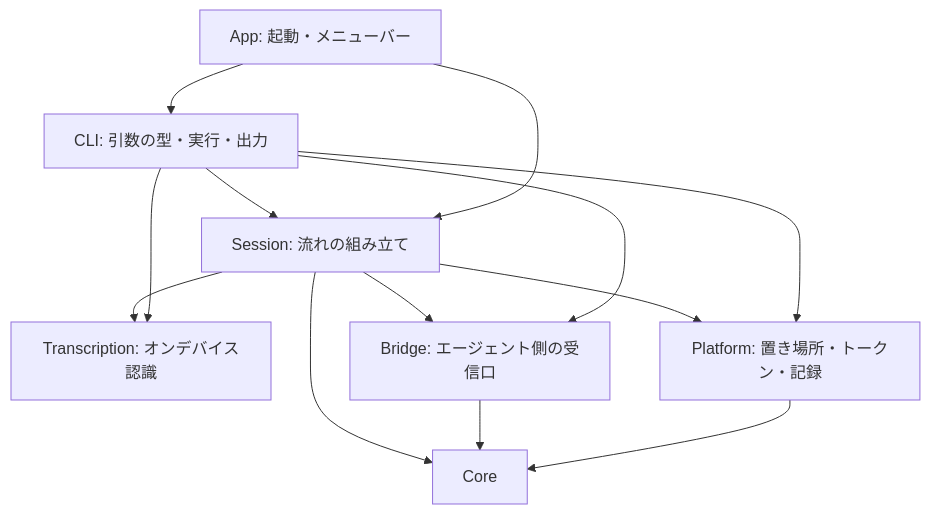
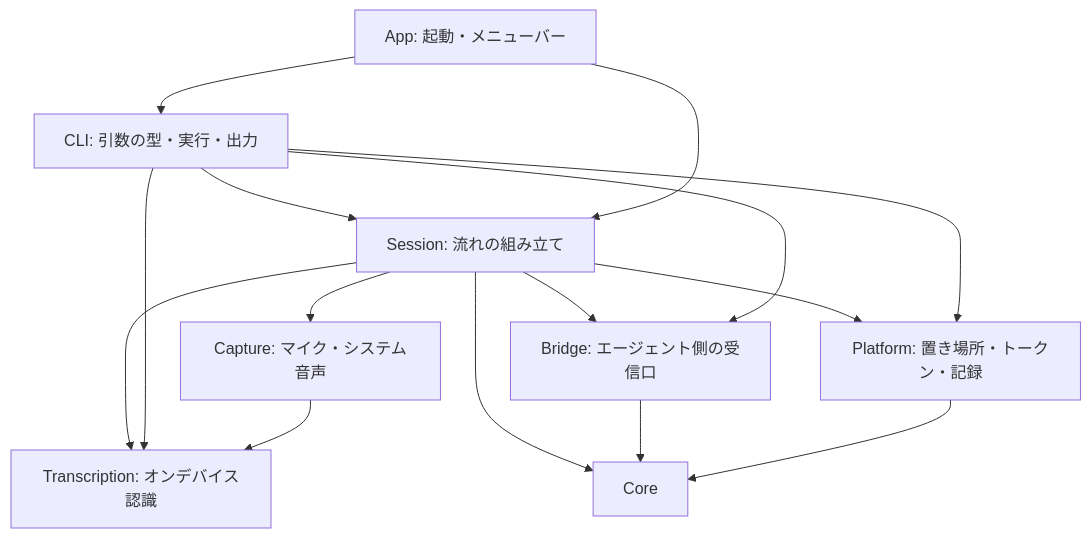
The diagram in docs/architecture.md (takemo101/meeting-analyzer), drawn with Mermaid before and after one commit. The commit also changed other lines of this file and 15 other files, not shown here.

````diff
--- a/docs/architecture.md
+++ b/docs/architecture.md
@@ -20,15 +20,17 @@
 ```mermaid
 flowchart TD
     App[App: 起動・メニューバー] --> CLI
     CLI[CLI: 引数の型・実行・出力] --> Session
     App --> Session
     Session[Session: 流れの組み立て] --> Transcription[Transcription: オンデバイス認識]
+    Session --> Capture[Capture: マイク・システム音声]
     Session --> Bridge[Bridge: エージェント側の受信口]
     Session --> Platform[Platform: 置き場所・トークン・記録]
     Session --> Core
     CLI --> Transcription
     CLI --> Bridge
     CLI --> Platform
+    Capture --> Transcription
     Bridge --> Core
     Platform --> Core
 ```
````
